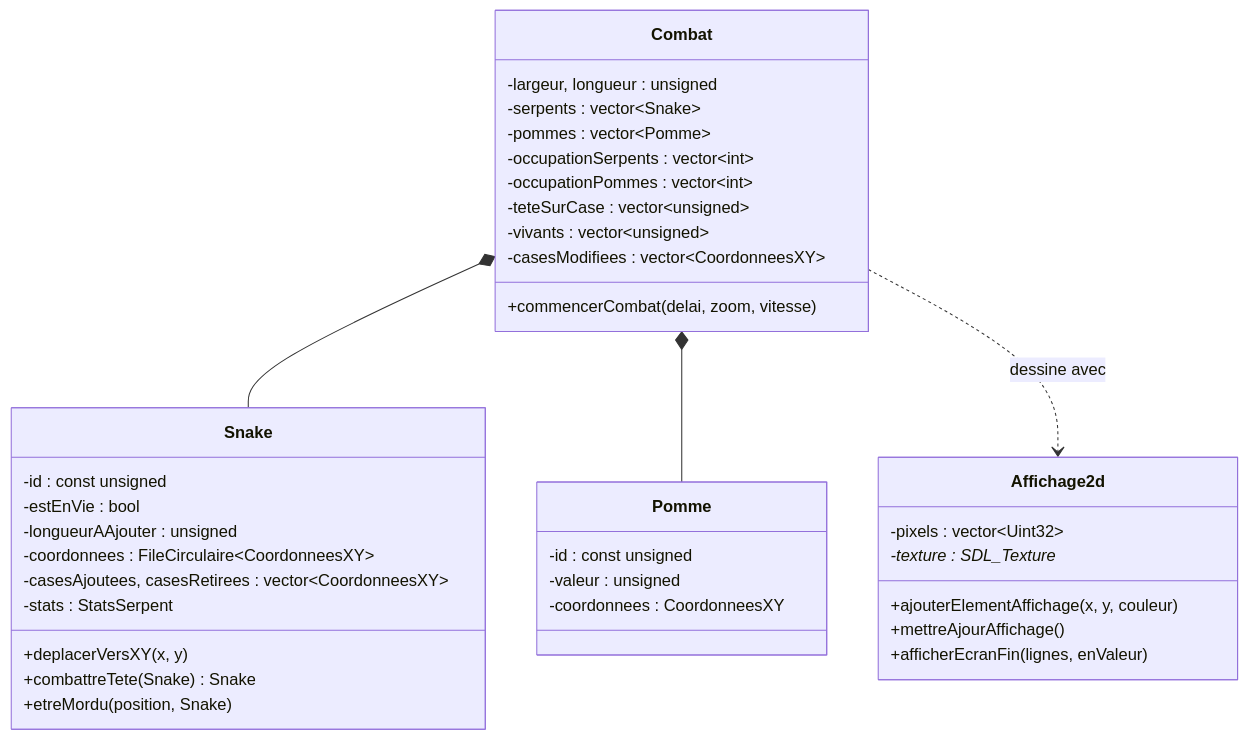
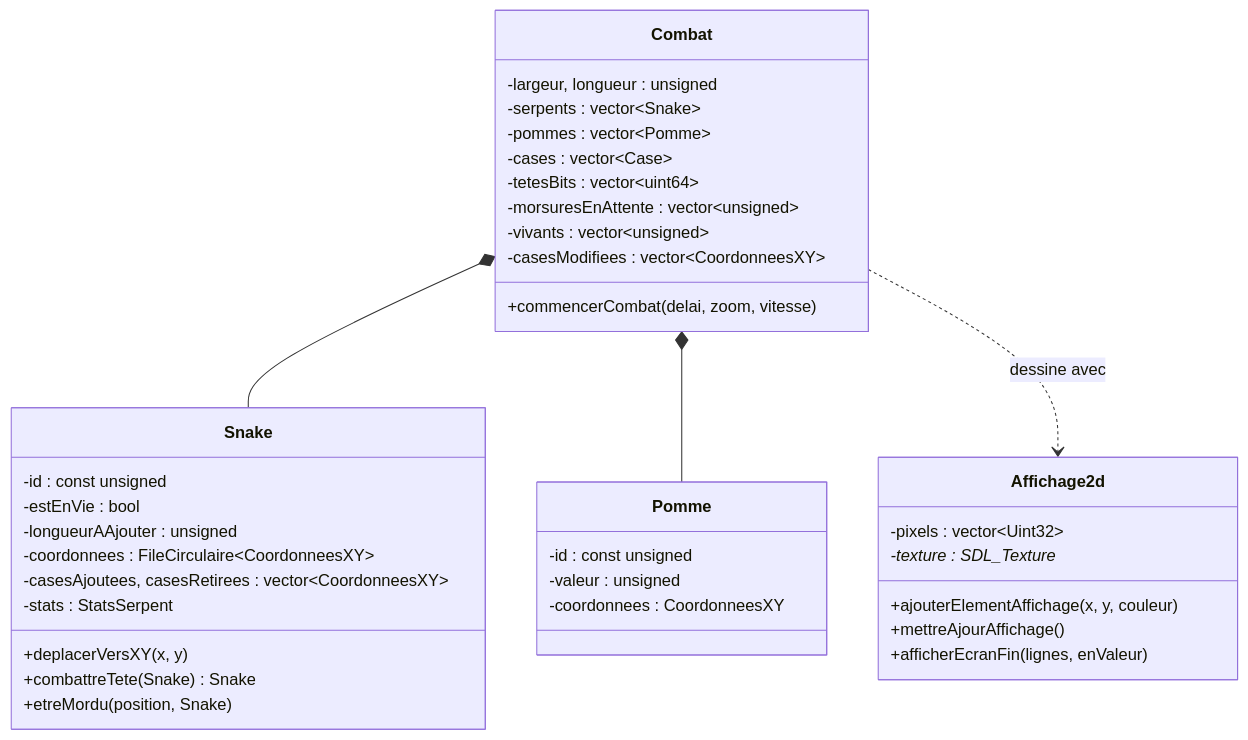
The diagram in README.md (Balkghar/08_Snake), drawn with Mermaid before and after one commit. The commit also changed other lines of this file and 8 other files, not shown here.

````diff
--- a/README.md
+++ b/README.md
@@ -136,41 +137,41 @@
 ```mermaid
 classDiagram
     Combat *-- Snake
     Combat *-- Pomme
     Combat ..> Affichage2d : dessine avec
 
     class Combat{
         -largeur, longueur : unsigned
         -serpents : vector~Snake~
         -pommes : vector~Pomme~
-        -occupationSerpents : vector~int~
-        -occupationPommes : vector~int~
-        -teteSurCase : vector~unsigned~
+        -cases : vector~Case~
+        -tetesBits : vector~uint64~
+        -morsuresEnAttente : vector~unsigned~
         -vivants : vector~unsigned~
         -casesModifiees : vector~CoordonneesXY~
         +commencerCombat(delai, zoom, vitesse)
     }
     class Snake{
         -id : const unsigned
         -estEnVie : bool
         -longueurAAjouter : unsigned
         -coordonnees : FileCirculaire~CoordonneesXY~
         -casesAjoutees, casesRetirees : vector~CoordonneesXY~
         -stats : StatsSerpent
         +deplacerVersXY(x, y)
         +combattreTete(Snake) Snake
         +etreMordu(position, Snake)
     }
     class Pomme{
         -id : const unsigned
         -valeur : unsigned
         -coordonnees : CoordonneesXY
     }
     class Affichage2d{
         -pixels : vector~Uint32~
         -texture : SDL_Texture*
         +ajouterElementAffichage(x, y, couleur)
         +mettreAjourAffichage()
         +afficherEcranFin(lignes, enValeur)
     }
 ```
````
